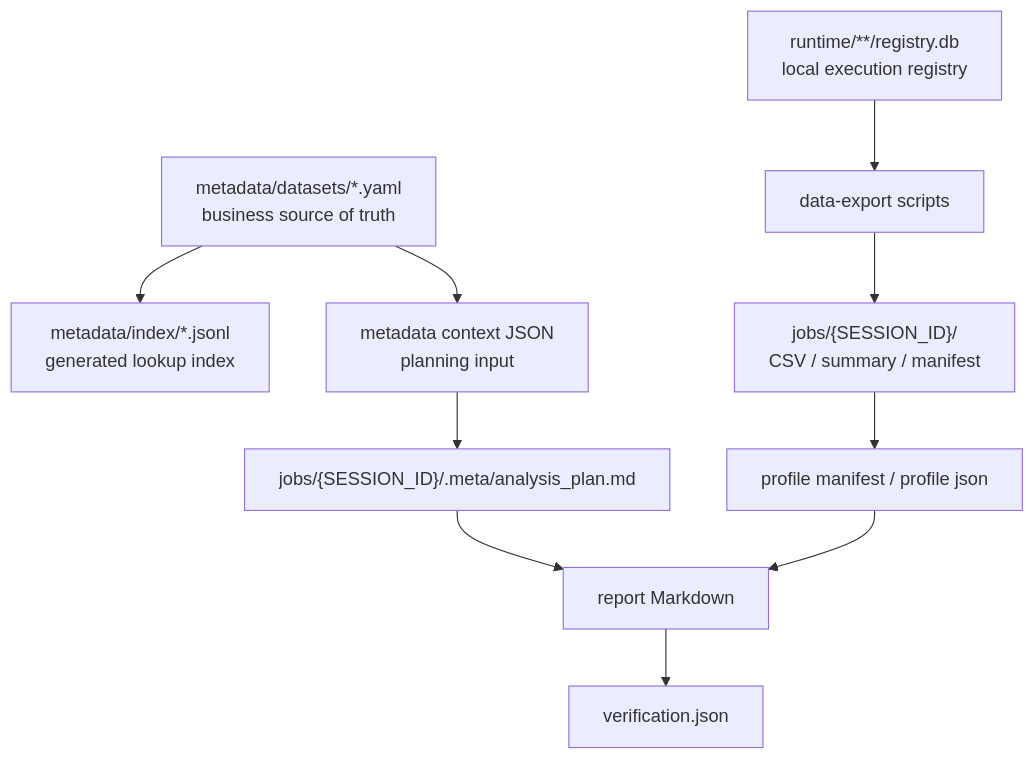
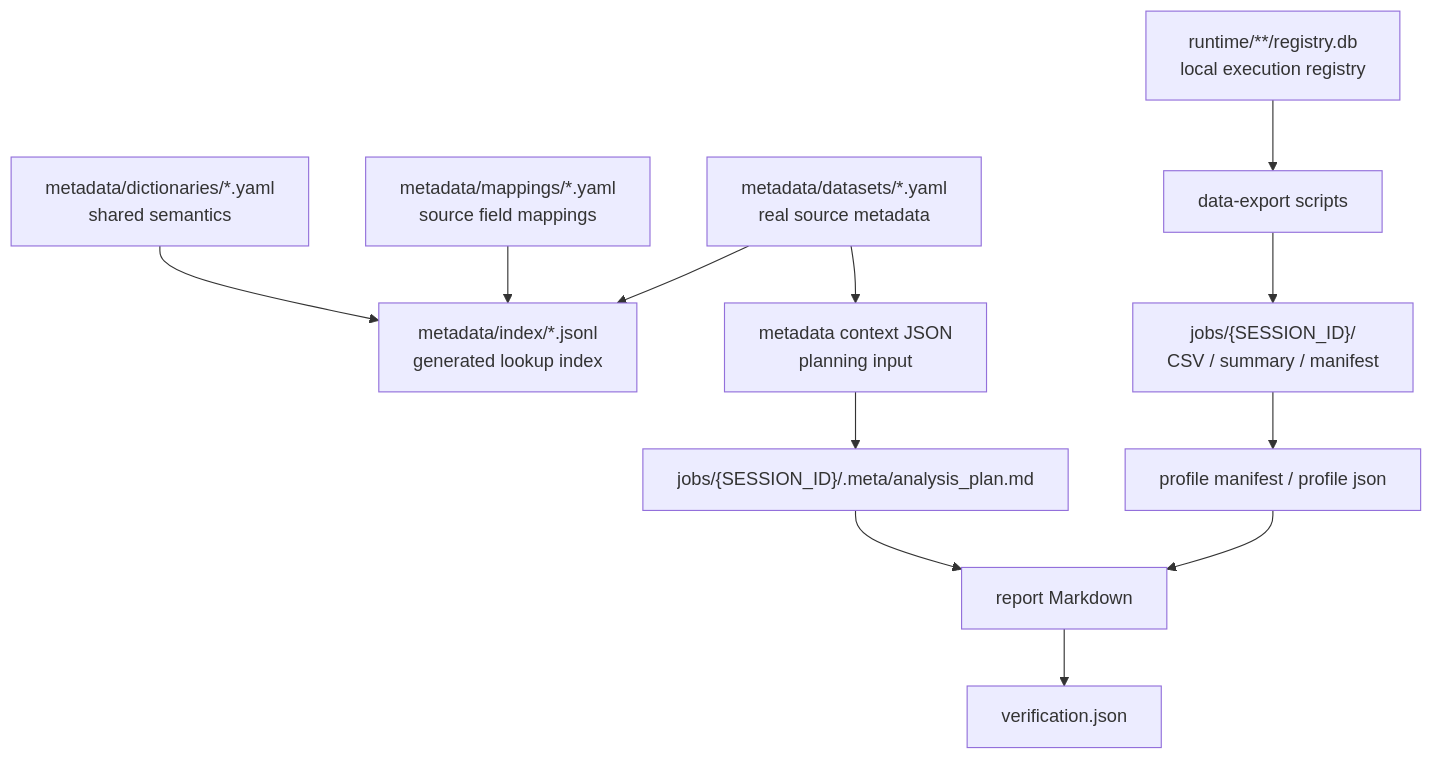
Before and after one commit to dabaige53/RealAnalyst: the second of 3 diagrams in docs/architecture.md, drawn with Mermaid. The commit also changed other lines of this file and 27 other files, not shown here.

Commit message:
Define layered metadata YAML structure

````diff
--- a/docs/architecture.md
+++ b/docs/architecture.md
@@ -30,12 +31,14 @@
 ```mermaid
 flowchart TD
-    Dataset["metadata/datasets/*.yaml<br/>business source of truth"] --> IndexFile["metadata/index/*.jsonl<br/>generated lookup index"]
+    Dictionaries["metadata/dictionaries/*.yaml<br/>shared semantics"] --> IndexFile["metadata/index/*.jsonl<br/>generated lookup index"]
+    Mappings["metadata/mappings/*.yaml<br/>source field mappings"] --> IndexFile
+    Dataset["metadata/datasets/*.yaml<br/>real source metadata"] --> IndexFile
     Dataset --> ContextJson["metadata context JSON<br/>planning input"]
     Registry["runtime/**/registry.db<br/>local execution registry"] --> ExportScript["data-export scripts"]
     ContextJson --> PlanDoc["jobs/{SESSION_ID}/.meta/analysis_plan.md"]
     ExportScript --> JobData["jobs/{SESSION_ID}/<br/>CSV / summary / manifest"]
     JobData --> ProfileJson["profile manifest / profile json"]
     PlanDoc --> ReportMd["report Markdown"]
     ProfileJson --> ReportMd
     ReportMd --> Verification["verification.json"]
 ```
````
